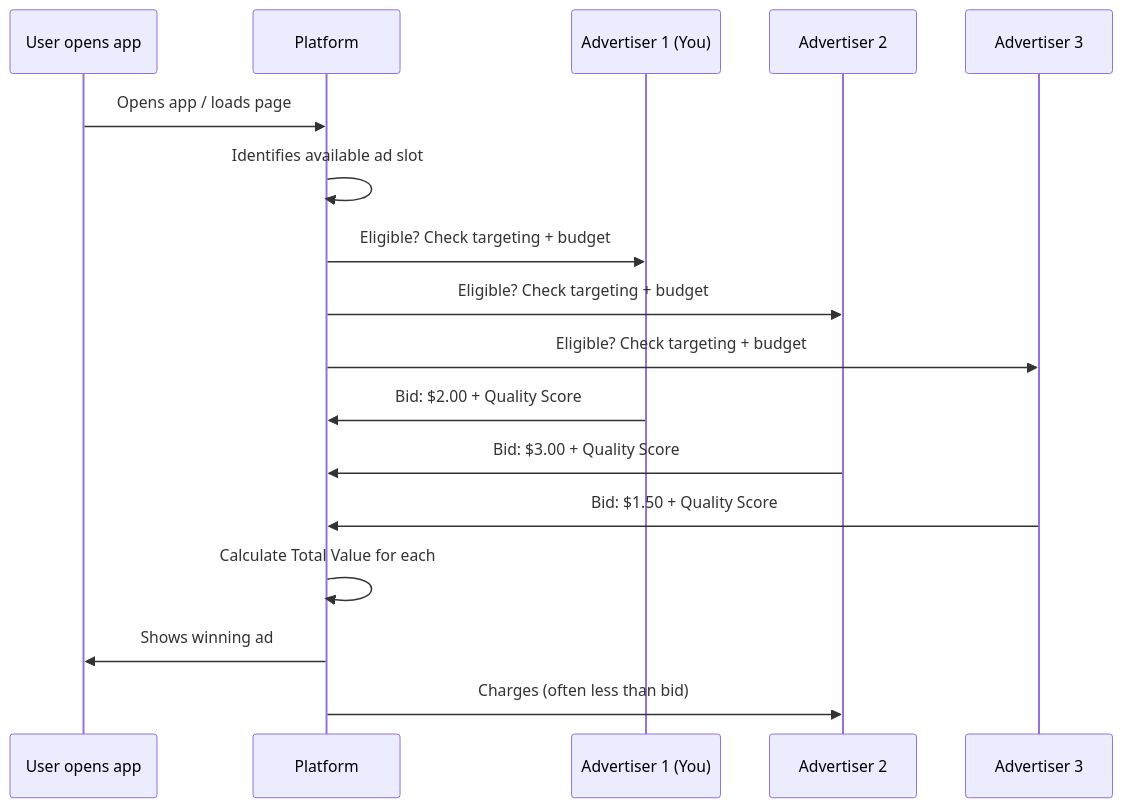
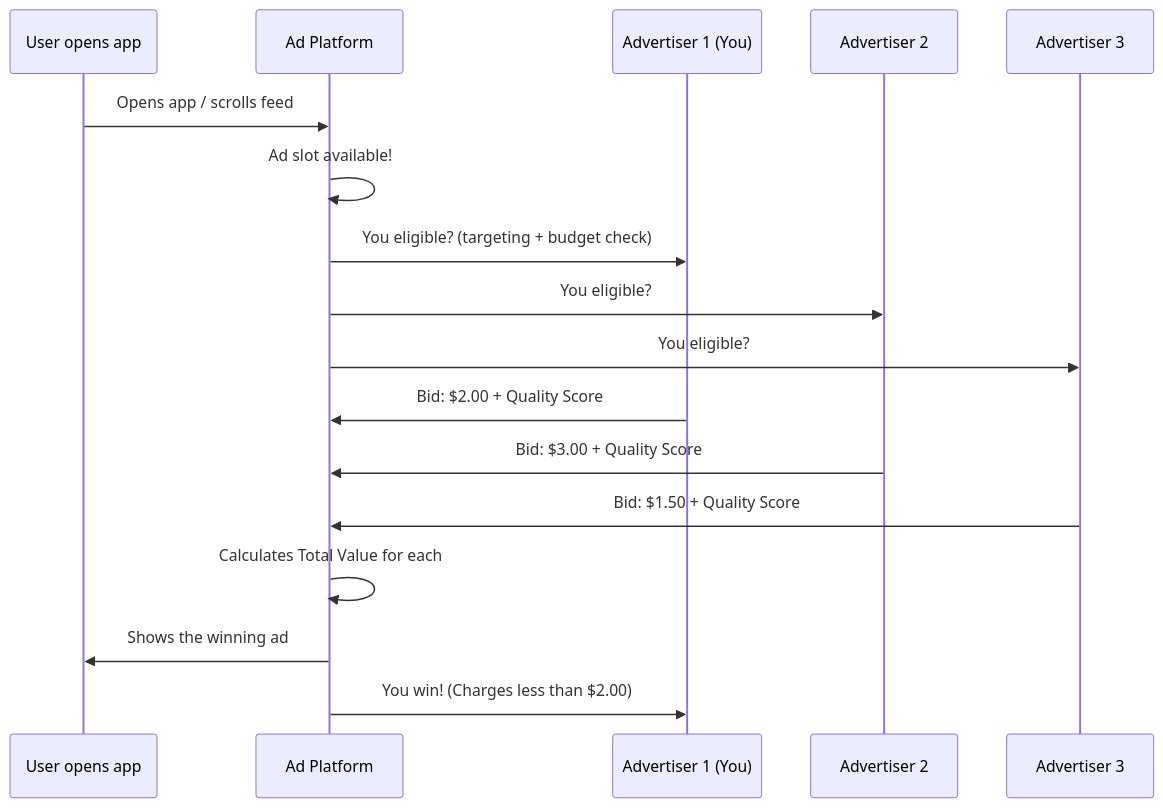
Before and after one commit to saanghyuk/ship-your-ads: the first of 2 diagrams in concepts/bidding-and-budget.mdx, drawn with Mermaid. The commit also changed other lines of this file and 47 other files, not shown here.

````diff
--- a/concepts/bidding-and-budget.mdx
+++ b/concepts/bidding-and-budget.mdx
@@ -21,20 +25,20 @@
 ```mermaid
 sequenceDiagram
     participant U as User opens app
-    participant P as Platform
+    participant P as Ad Platform
     participant A1 as Advertiser 1 (You)
     participant A2 as Advertiser 2
     participant A3 as Advertiser 3
 
-    U->>P: Opens app / loads page
-    P->>P: Identifies available ad slot
-    P->>A1: Eligible? Check targeting + budget
-    P->>A2: Eligible? Check targeting + budget
-    P->>A3: Eligible? Check targeting + budget
+    U->>P: Opens app / scrolls feed
+    P->>P: Ad slot available!
+    P->>A1: You eligible? (targeting + budget check)
+    P->>A2: You eligible?
+    P->>A3: You eligible?
     A1->>P: Bid: $2.00 + Quality Score
     A2->>P: Bid: $3.00 + Quality Score
     A3->>P: Bid: $1.50 + Quality Score
-    P->>P: Calculate Total Value for each
-    P->>U: Shows winning ad
-    P->>A2: Charges (often less than bid)
+    P->>P: Calculates Total Value for each
+    P->>U: Shows the winning ad
+    P->>A1: You win! (Charges less than $2.00)
 ```
````
